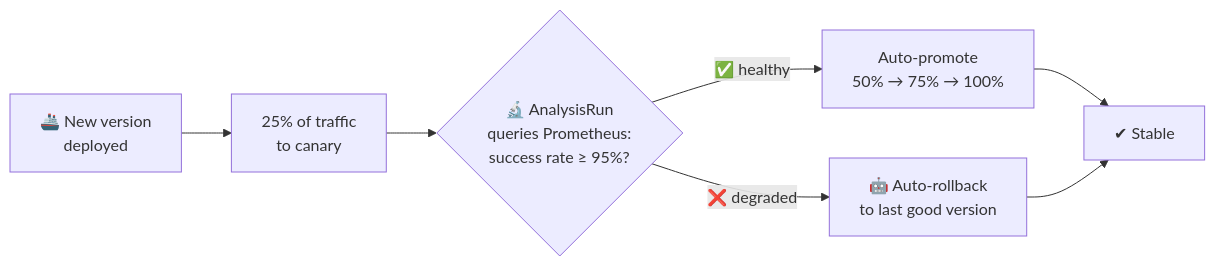
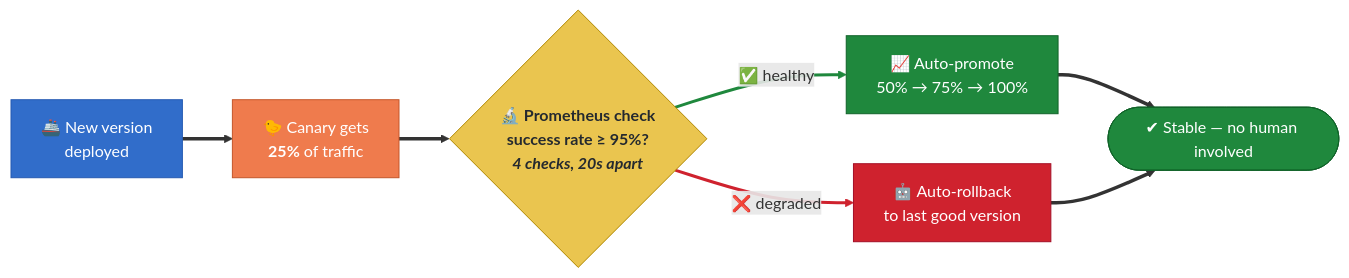
One commit to Ayush-Bansal08/k8s-project changed the third of 4 diagrams in README.md. Above: the diagram before and after it, drawn with Mermaid. The commit also changed other lines of this file, not shown here.

Commit message:
Redesign README diagrams: color-coded, story-driven

````diff
--- a/README.md
+++ b/README.md
@@ -168,9 +199,22 @@
 ```mermaid
 flowchart LR
-    A["🚢 New version<br/>deployed"] --> B["25% of traffic<br/>to canary"]
-    B --> C{"🔬 AnalysisRun<br/>queries Prometheus:<br/>success rate ≥ 95%?"}
-    C -- "✅ healthy" --> D["Auto-promote<br/>50% → 75% → 100%"]
-    C -- "❌ degraded" --> E["🤖 Auto-rollback<br/>to last good version"]
-    D --> F["✔ Stable"]
-    E --> F
+    A["🚢 New version<br/>deployed"] ==> B["🐤 Canary gets<br/><b>25%</b> of traffic"]
+    B ==> C{"🔬 Prometheus check<br/>success rate ≥ 95%?<br/><i>4 checks, 20s apart</i>"}
+    C == "✅ healthy" ==> D["📈 Auto-promote<br/>50% → 75% → 100%"]
+    C == "❌ degraded" ==> E["🤖 Auto-rollback<br/>to last good version"]
+    D ==> F(["✔ Stable — no human involved"])
+    E ==> F
+
+    classDef start fill:#316dca,stroke:#255ab2,color:#ffffff
+    classDef canary fill:#EF7B4D,stroke:#c4562a,color:#ffffff
+    classDef check fill:#eac54f,stroke:#b08800,color:#24292f,font-weight:bold
+    classDef good fill:#1f883d,stroke:#116329,color:#ffffff
+    classDef bad fill:#cf222e,stroke:#a40e26,color:#ffffff
+    class A start
+    class B canary
+    class C check
+    class D,F good
+    class E bad
+    linkStyle 2 stroke:#1f883d,stroke-width:3px
+    linkStyle 3 stroke:#cf222e,stroke-width:3px
 ```
````
